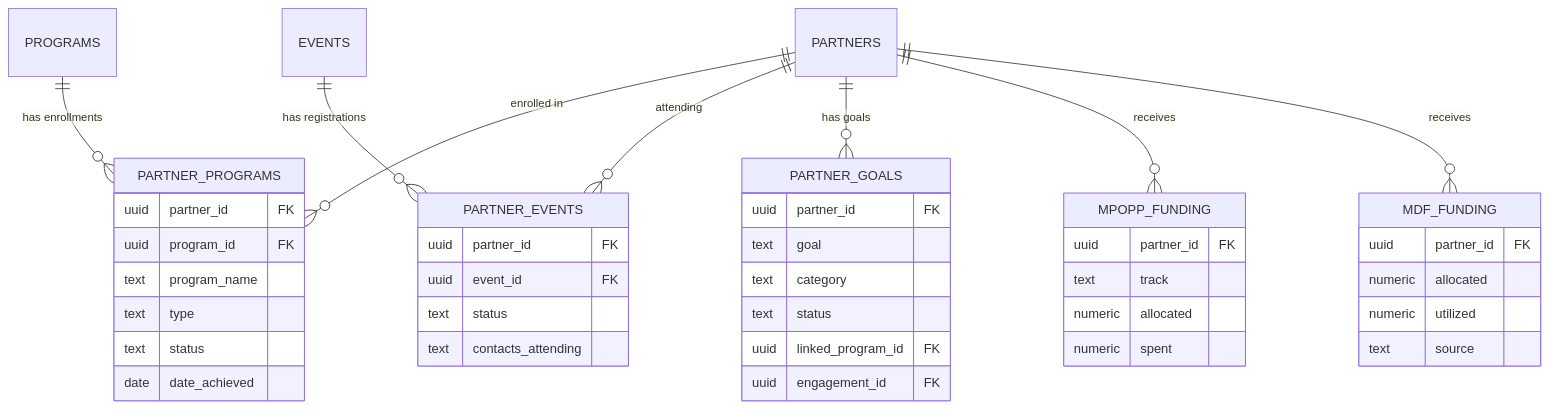
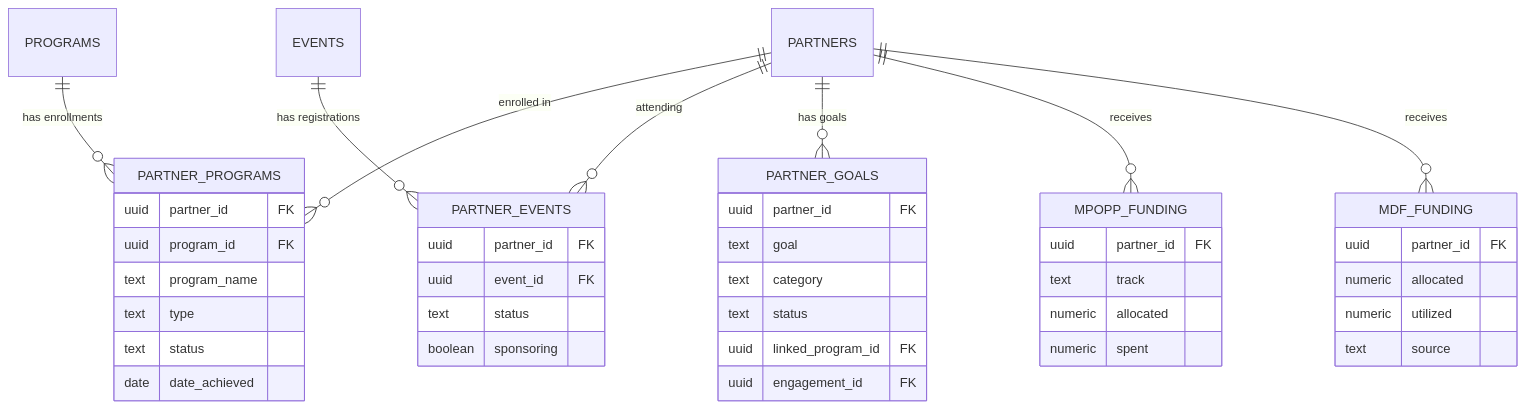
The fifth of 5 diagrams in docs/entity-model.md (zingozingo/roadrunner), drawn with Mermaid before and after one commit. The commit also changed other lines of this file and 15 other files, not shown here.

````diff
--- a/docs/entity-model.md
+++ b/docs/entity-model.md
@@ -603,45 +610,45 @@
 ```mermaid
 erDiagram
     PARTNERS ||--o{ PARTNER_PROGRAMS : "enrolled in"
     PROGRAMS ||--o{ PARTNER_PROGRAMS : "has enrollments"
     PARTNERS ||--o{ PARTNER_EVENTS : "attending"
     EVENTS ||--o{ PARTNER_EVENTS : "has registrations"
     PARTNERS ||--o{ PARTNER_GOALS : "has goals"
     PARTNERS ||--o{ MPOPP_FUNDING : "receives"
     PARTNERS ||--o{ MDF_FUNDING : "receives"
 
     PARTNER_PROGRAMS {
         uuid partner_id FK
         uuid program_id FK
         text program_name
         text type
         text status
         date date_achieved
     }
     PARTNER_EVENTS {
         uuid partner_id FK
         uuid event_id FK
         text status
-        text contacts_attending
+        boolean sponsoring
     }
     PARTNER_GOALS {
         uuid partner_id FK
         text goal
         text category
         text status
         uuid linked_program_id FK
         uuid engagement_id FK
     }
     MPOPP_FUNDING {
         uuid partner_id FK
         text track
         numeric allocated
         numeric spent
     }
     MDF_FUNDING {
         uuid partner_id FK
         numeric allocated
         numeric utilized
         text source
     }
 ```
````
